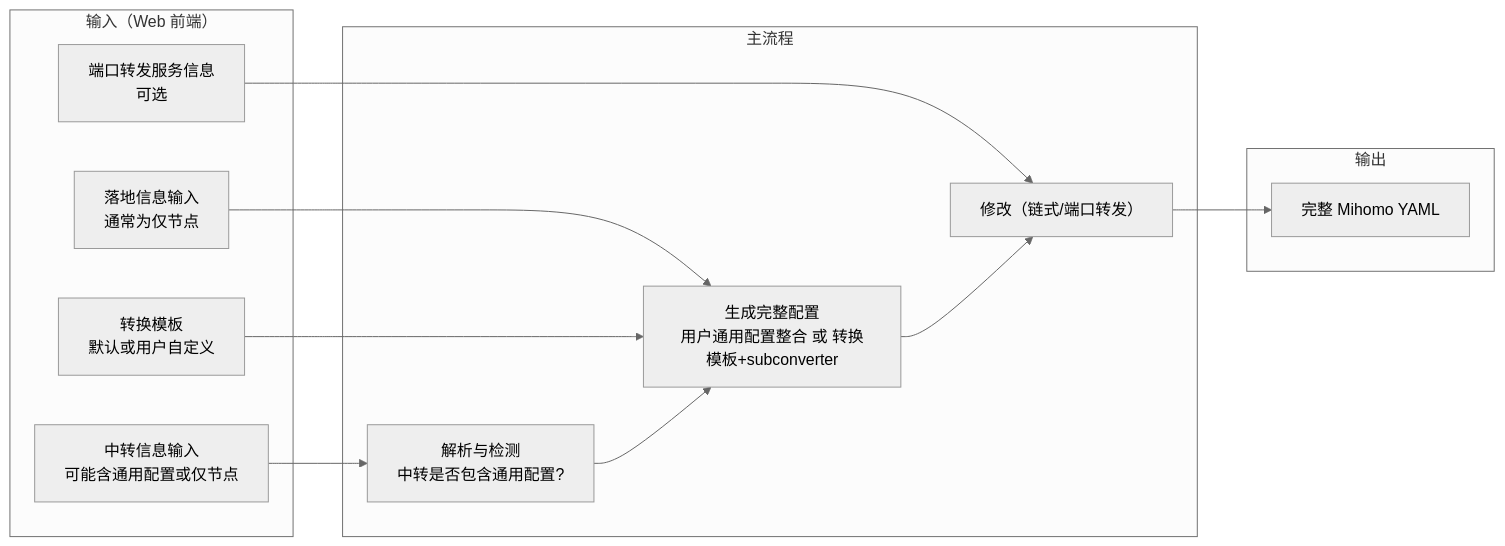
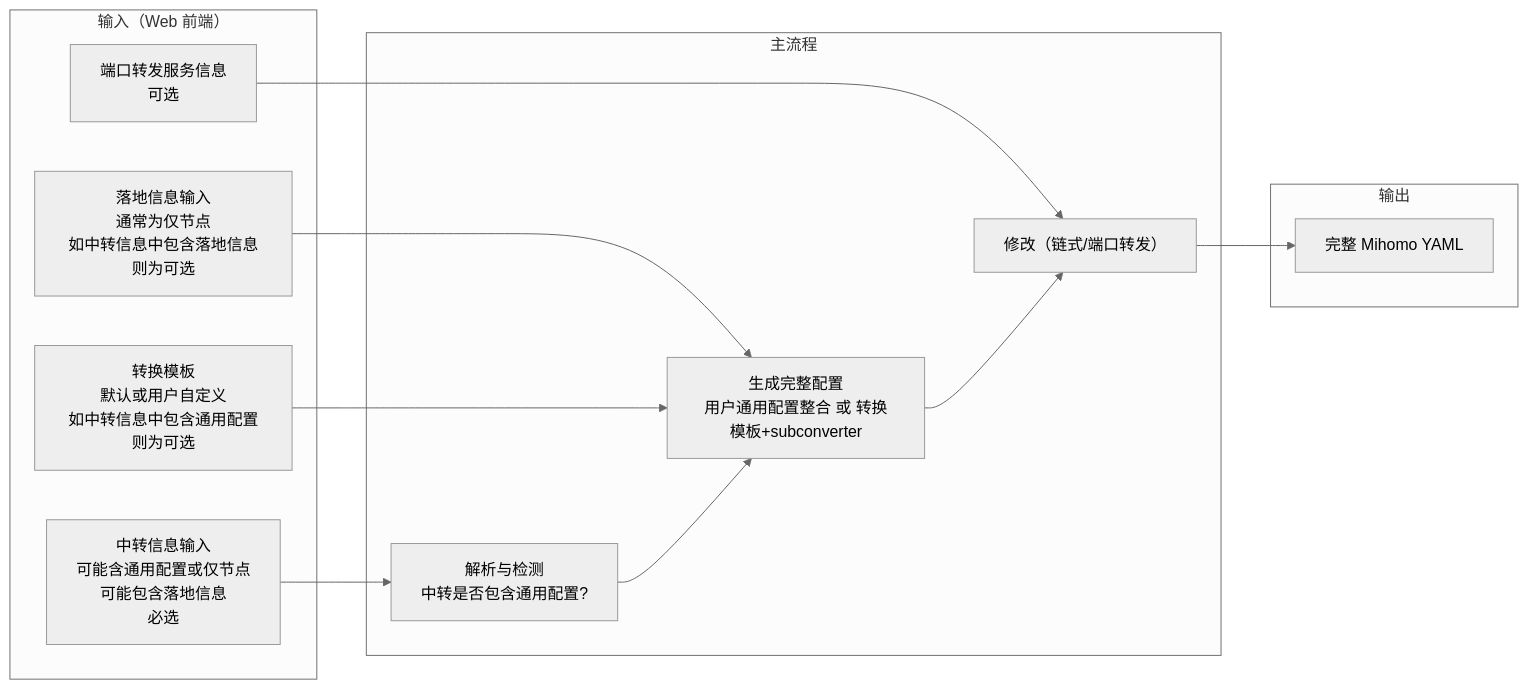
Before and after one commit to slackworker/chain-subconverter: the diagram in docs/spec/01-overview.md, drawn with Mermaid (neutral theme). The commit also changed 1 other file, not shown here.

Commit message:
docs: Update and clarify project overview and complete configuration generation specifications.

````diff
--- a/docs/spec/01-overview.md
+++ b/docs/spec/01-overview.md
@@ -19,27 +19,27 @@
 ```mermaid
 flowchart LR
   subgraph Input[输入（Web 前端）]
-    T[中转信息输入<br/>可能含通用配置或仅节点]
-    L[落地信息输入<br/>通常为仅节点]
-    TP[转换模板<br/>默认或用户自定义]
+    T[中转信息输入<br/>可能含通用配置或仅节点<br/>可能包含落地信息<br/>必选]
+    L[落地信息输入<br/>通常为仅节点<br/>如中转信息中包含落地信息则为可选]
+    TP[转换模板<br/>默认或用户自定义<br/>如中转信息中包含通用配置则为可选]
     F[端口转发服务信息<br/>可选]
   end
 
   subgraph Flow[主流程]
     P[解析与检测<br/>中转是否包含通用配置?]
     S[生成完整配置<br/>用户通用配置整合 或 转换模板+subconverter]
     M[修改（链式/端口转发）]
   end
 
   subgraph Output[输出]
     O[完整 Mihomo YAML]
   end
 
   T --> P
   L --> S
   TP --> S
   F --> M
   P --> S
   S --> M
   M --> O
 ```
````
